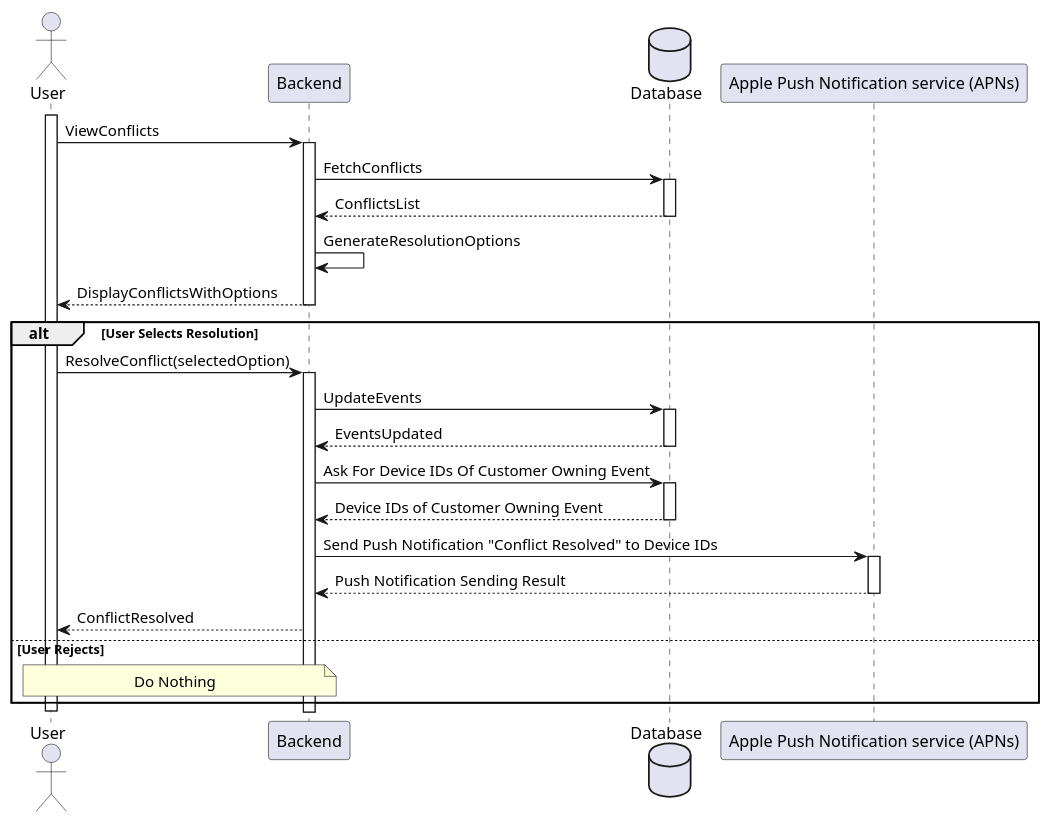
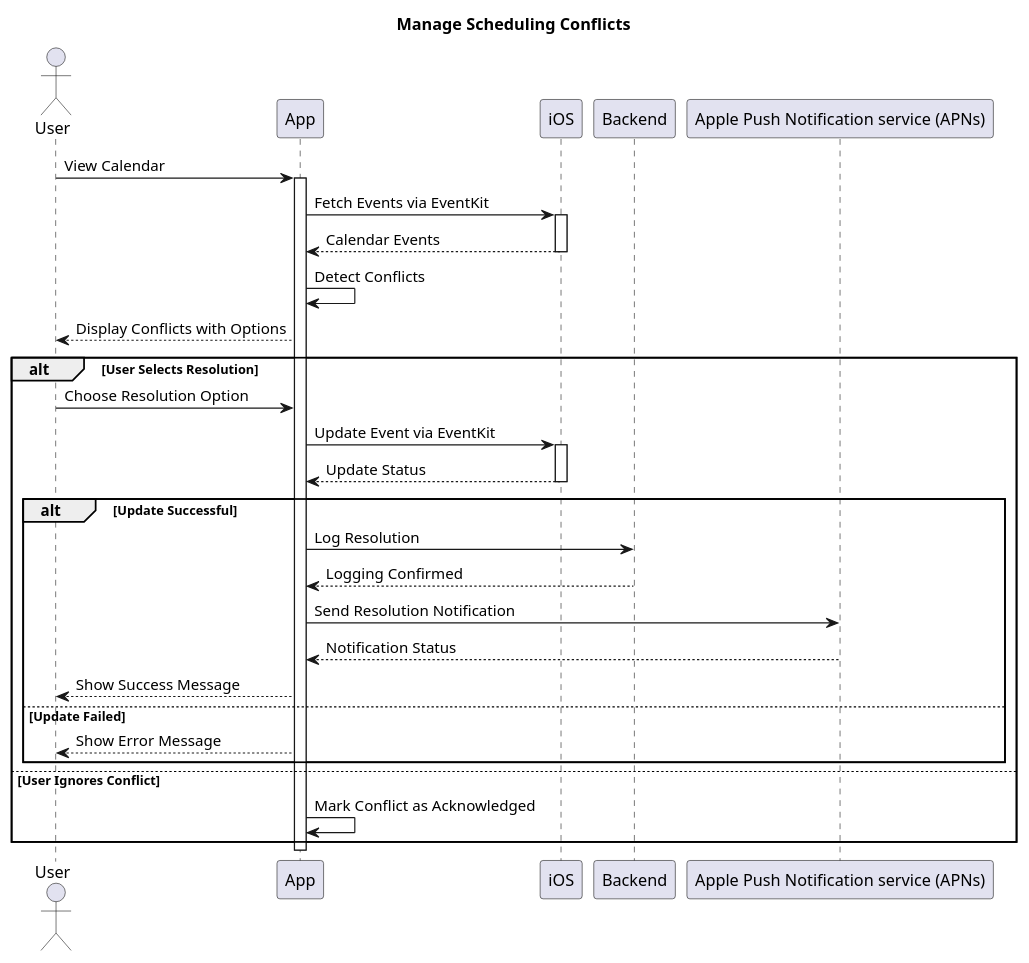
The tenth of 14 diagrams in docs/diagrams/sequence-diagrams/all-sequence-diagrams.puml (jadwalapp/symmetrical-spoon), drawn with PlantUML before and after one commit. The commit also changed other lines of this file and 12 other files, not shown here.

```diff
--- a/docs/diagrams/sequence-diagrams/all-sequence-diagrams.puml
+++ b/docs/diagrams/sequence-diagrams/all-sequence-diagrams.puml
@@ -270,36 +323,46 @@
 @startuml Manage Scheduling Conflicts
+title Manage Scheduling Conflicts
+
 actor User
+participant "App" as App
+participant "iOS" as iOS
 participant Backend
-database Database
 participant "Apple Push Notification service (APNs)" as APN
 
-activate User
+User -> App: View Calendar
+activate App
 
-User -> Backend ++ : ViewConflicts
+App -> iOS: Fetch Events via EventKit
+activate iOS
+iOS --> App: Calendar Events
+deactivate iOS
 
-Backend -> Database ++ : FetchConflicts
-Database --> Backend -- : ConflictsList
-
-Backend -> Backend : GenerateResolutionOptions
-Backend --> User -- : DisplayConflictsWithOptions
+App -> App: Detect Conflicts
+App --> User: Display Conflicts with Options
 
 alt User Selects Resolution
-    User -> Backend ++ : ResolveConflict(selectedOption)
+    User -> App: Choose Resolution Option
     
-    Backend -> Database ++ : UpdateEvents
-    Database --> Backend -- : EventsUpdated
+    App -> iOS: Update Event via EventKit
+    activate iOS
+    iOS --> App: Update Status
+    deactivate iOS
     
-    Backend -> Database ++ : Ask For Device IDs Of Customer Owning Event
-    Database --> Backend -- : Device IDs of Customer Owning Event
-    
-    Backend -> APN ++ : Send Push Notification "Conflict Resolved" to Device IDs
-    APN --> Backend -- : Push Notification Sending Result
-    
-    Backend --> User : ConflictResolved
-else User Rejects
-    note over User, Backend : Do Nothing
+    alt Update Successful
+        App -> Backend: Log Resolution
+        Backend --> App: Logging Confirmed
+        
+        App -> APN: Send Resolution Notification
+        APN --> App: Notification Status
+        
+        App --> User: Show Success Message
+    else Update Failed
+        App --> User: Show Error Message
+    end
+else User Ignores Conflict
+    App -> App: Mark Conflict as Acknowledged
 end
 
-deactivate User
+deactivate App
 
 @enduml
```
